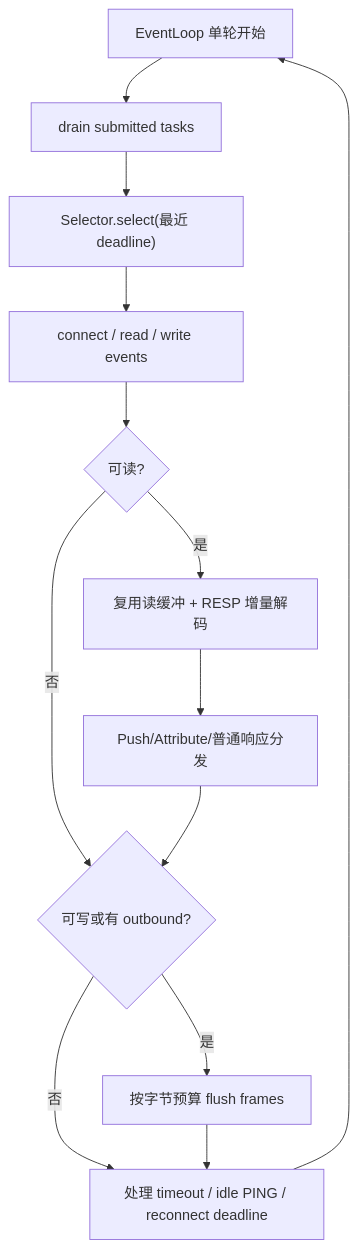
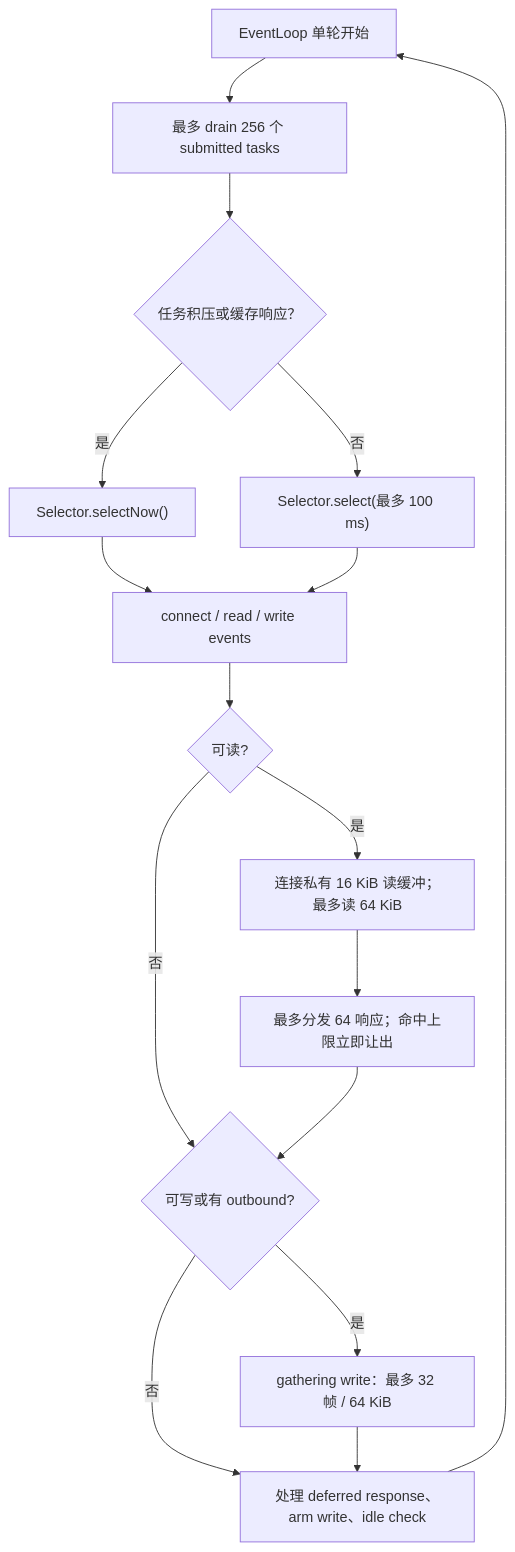
One commit to susongyan/boba-straw changed the fourth of 4 diagrams in docs/architecture/network-model.md. Above: the diagram before and after it, drawn with Mermaid. The commit also changed other lines of this file and 6 other files, not shown here.

````diff
--- a/docs/architecture/network-model.md
+++ b/docs/architecture/network-model.md
@@ -146,15 +158,18 @@
 ```mermaid
 flowchart TD
-    Begin["EventLoop 单轮开始"] --> Tasks["drain submitted tasks"]
-    Tasks --> Wait["Selector.select(最近 deadline)"]
-    Wait --> Events["connect / read / write events"]
+    Begin["EventLoop 单轮开始"] --> Tasks["最多 drain 256 个 submitted tasks"]
+    Tasks --> Ready{"任务积压或缓存响应？"}
+    Ready -->|"是"| Poll["Selector.selectNow()"]
+    Ready -->|"否"| Wait["Selector.select(最多 100 ms)"]
+    Poll --> Events["connect / read / write events"]
+    Wait --> Events
     Events --> Read{"可读?"}
-    Read -->|"是"| Decode["复用读缓冲 + RESP 增量解码"]
-    Decode --> Dispatch["Push/Attribute/普通响应分发"]
+    Read -->|"是"| Decode["连接私有 16 KiB 读缓冲；最多读 64 KiB"]
+    Decode --> Dispatch["最多分发 64 响应；命中上限立即让出"]
     Read -->|"否"| Write
     Dispatch --> Write{"可写或有 outbound?"}
-    Write -->|"是"| Flush["按字节预算 flush frames"]
-    Write -->|"否"| Deadlines
-    Flush --> Deadlines["处理 timeout / idle PING / reconnect deadline"]
-    Deadlines --> Begin
+    Write -->|"是"| Flush["gathering write：最多 32 帧 / 64 KiB"]
+    Write -->|"否"| Tick
+    Flush --> Tick["处理 deferred response、arm write、idle check"]
+    Tick --> Begin
 ```
````
